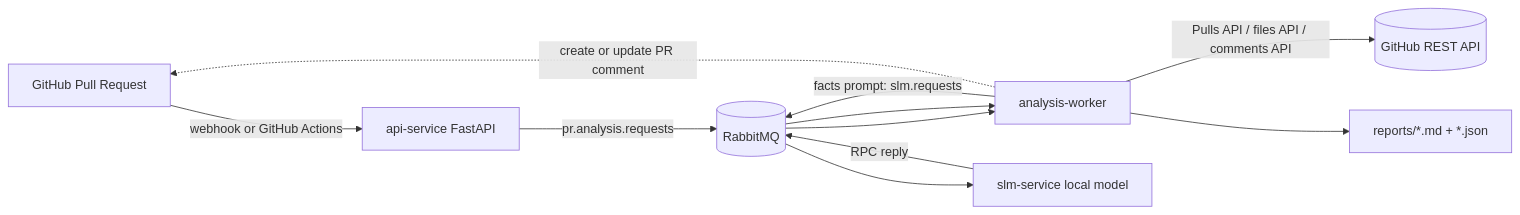
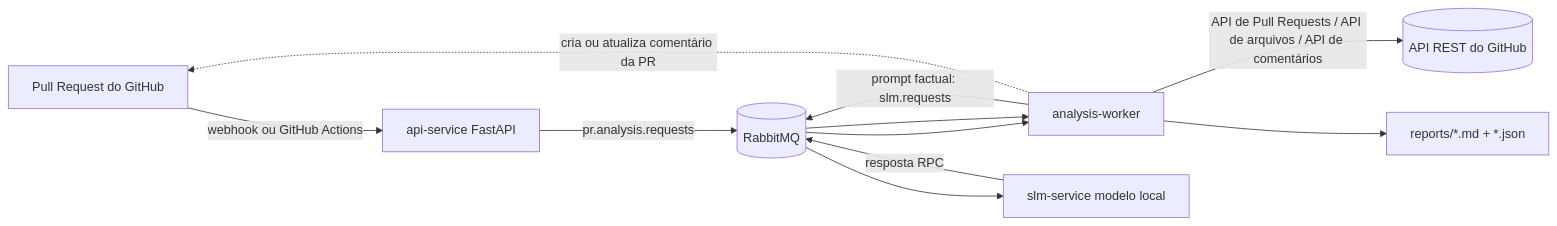
One commit to loadingerror/pr-quality-uspesalq changed the diagram in README.md. Above: the diagram before and after it, drawn with Mermaid. The commit also changed other lines of this file, not shown here.

````diff
--- a/README.md
+++ b/README.md
@@ -17,13 +17,13 @@
 ```mermaid
 flowchart LR
-    PR[GitHub Pull Request] -->|webhook or GitHub Actions| API[api-service FastAPI]
+    PR[Pull Request do GitHub] -->|webhook ou GitHub Actions| API[api-service FastAPI]
     API -->|pr.analysis.requests| MQ[(RabbitMQ)]
     MQ --> Worker[analysis-worker]
-    Worker -->|Pulls API / files API / comments API| GH[(GitHub REST API)]
-    Worker -->|facts prompt: slm.requests| MQ
-    MQ --> SLM[slm-service local model]
-    SLM -->|RPC reply| MQ
+    Worker -->|API de Pull Requests / API de arquivos / API de comentários| GH[(API REST do GitHub)]
+    Worker -->|prompt factual: slm.requests| MQ
+    MQ --> SLM[slm-service modelo local]
+    SLM -->|resposta RPC| MQ
     MQ --> Worker
     Worker --> Report[reports/*.md + *.json]
-    Worker -. create or update PR comment .-> PR
+    Worker -. cria ou atualiza comentário da PR .-> PR
 ```
````
